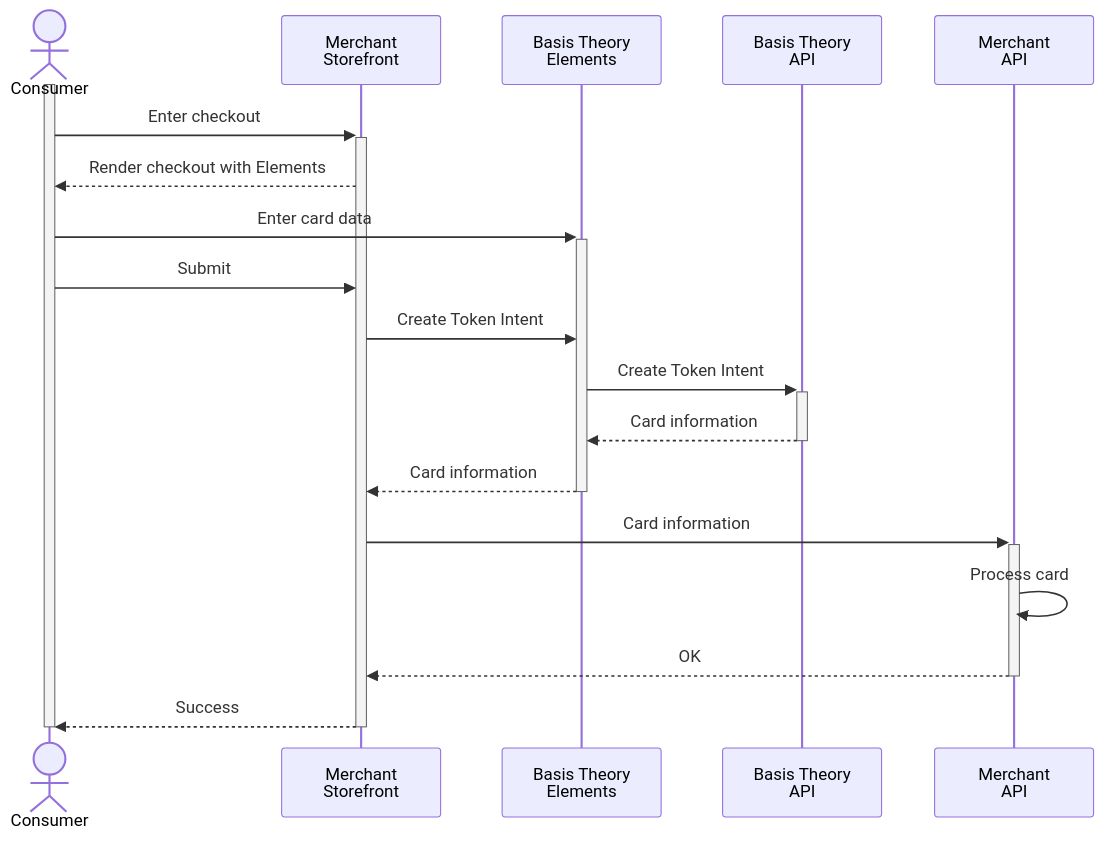
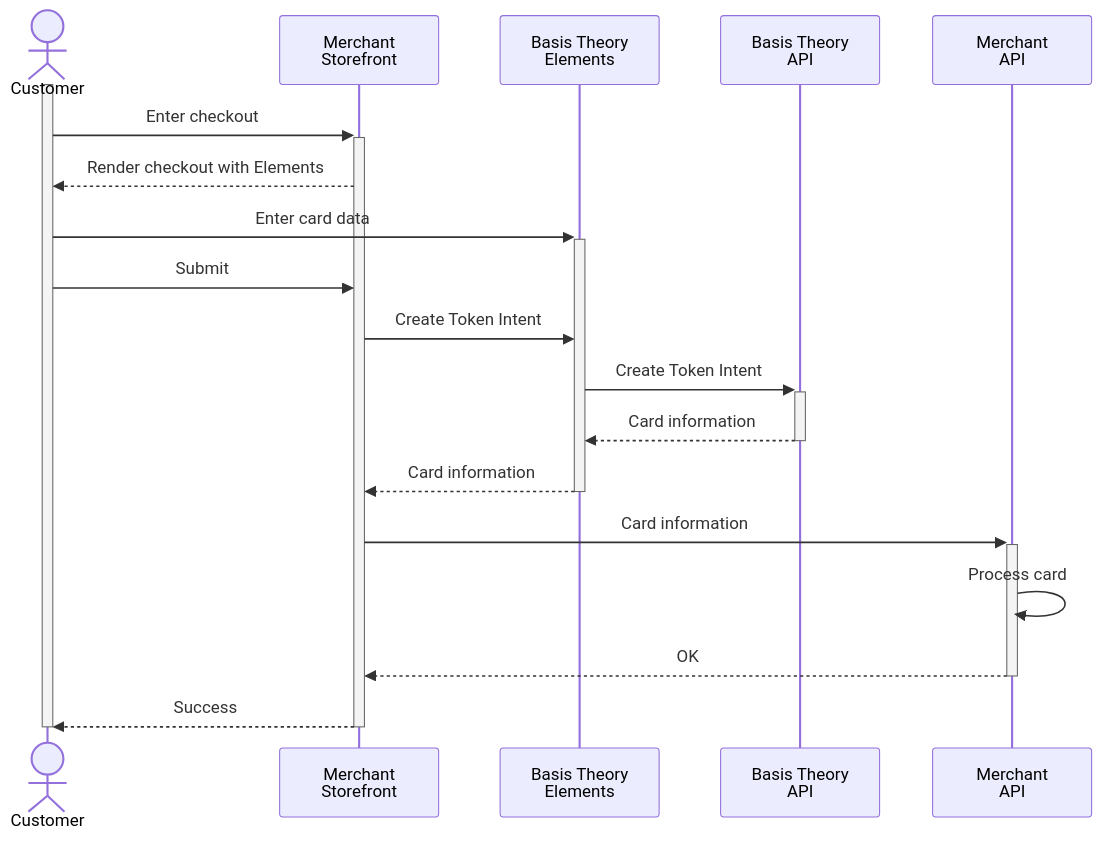
The diagram in docs/online-payments/sections/_collect-cards-section.mdx (Basis-Theory/developers.basistheory.com), drawn with Mermaid before and after one commit. The commit also changed 5 other files, not shown here.

````diff
--- a/docs/online-payments/sections/_collect-cards-section.mdx
+++ b/docs/online-payments/sections/_collect-cards-section.mdx
@@ -11,23 +11,23 @@
 ```mermaid
   sequenceDiagram
-    actor consumer as Consumer
+    actor customer as Customer
     participant storefront as Merchant<br>Storefront
     participant bte as Basis Theory<br>Elements
     participant bapi as Basis Theory<br>API
     participant mapi as Merchant<br>API
 
-    activate consumer
-    consumer ->>+ storefront: Enter checkout
-    storefront -->> consumer: Render checkout with Elements
-    consumer ->>+ bte: Enter card data
-    consumer ->> storefront: Submit
+    activate customer
+    customer ->>+ storefront: Enter checkout
+    storefront -->> customer: Render checkout with Elements
+    customer ->>+ bte: Enter card data
+    customer ->> storefront: Submit
     storefront ->> bte: Create Token Intent
     bte ->>+ bapi: Create Token Intent
     bapi -->>- bte:  Card information
     bte -->>- storefront: Card information
     storefront ->>+ mapi: Card information
     mapi ->> mapi: Process card
     mapi -->>- storefront: OK
-    storefront -->>- consumer: Success
-    deactivate consumer
+    storefront -->>- customer: Success
+    deactivate customer
 ```
````
